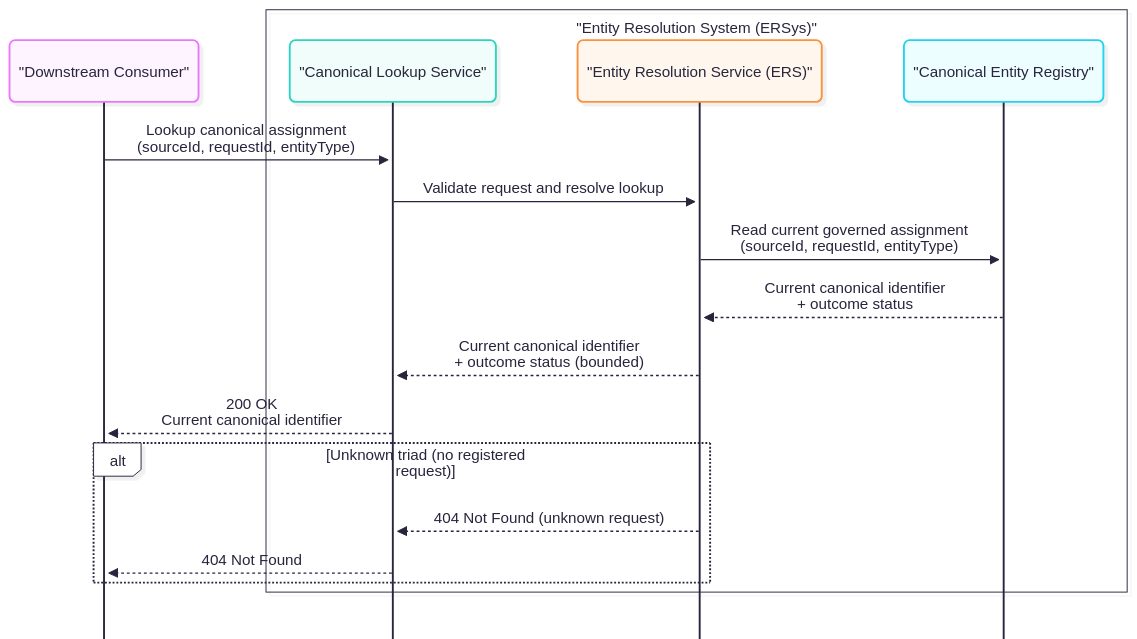
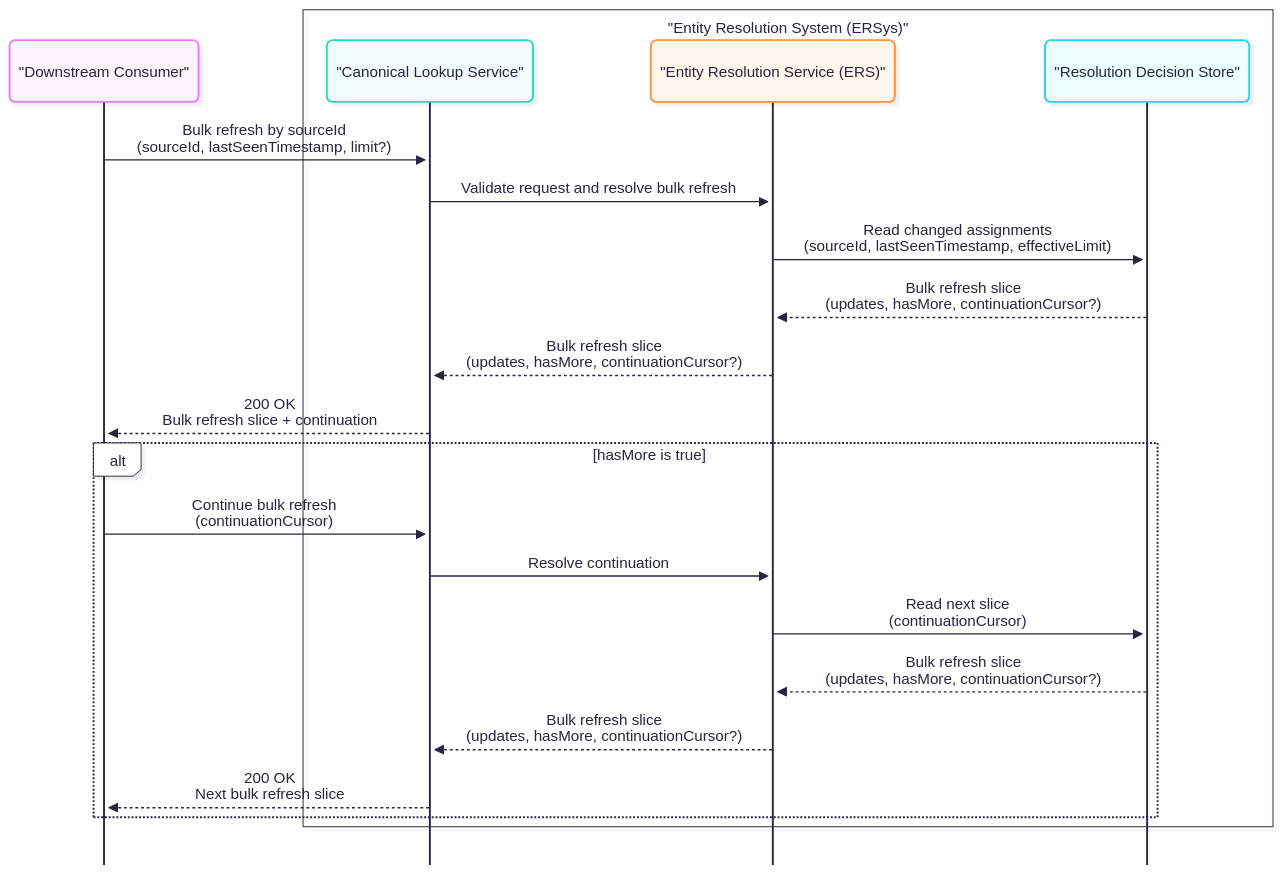
The diagram in docs/architecture/sequence_diagrams/spine-C-Lookup.mmd (OP-TED/entity-resolution-spec), drawn with Mermaid before and after one commit. The commit also changed 11 other files, not shown here.

First line of the commit message:
update sequence diagrams

```diff
--- a/docs/architecture/sequence_diagrams/spine-C-Lookup.mmd
+++ b/docs/architecture/sequence_diagrams/spine-C-Lookup.mmd
@@ -1,35 +1,42 @@
 ---
 config:
   look: neo
   theme: redux-color
   mirrorActors: false
   sequence:
     bottomMarginAdj: 0.1
 ---
 sequenceDiagram
 %% Maps to EA diagram: UML Sequence (Spine C)
-%% Purpose: read-only lookup of the current governed canonical assignment.
-%% Focus: triad correlation, projection semantics, bounded response, no side effects.
-%% Excludes: resolution triggering, ERE/messaging, curation, rebuild, and detailed persistence mechanics.
+%% Purpose: Bulk Refresh by sourceId (UC1.3)
+%% Focus: bounded delta response with continuationCursor, no resolution triggering
+%% Excludes: ERE and messaging, curation, rebuild, consumer System of Records persistence
 
 participant DownstreamConsumer as "Downstream Consumer"
 
 box "Entity Resolution System (ERSys)"
     participant CanonicalLookup as "Canonical Lookup Service"
     participant ERS as "Entity Resolution Service (ERS)"
-    participant CanonicalRegistry as "Canonical Entity Registry"
+    participant DecisionStore as "Resolution Decision Store"
 end
 
-DownstreamConsumer ->> CanonicalLookup: Lookup canonical assignment<br/>(sourceId, requestId, entityType)
-CanonicalLookup ->> ERS: Validate request and resolve lookup
-ERS ->> CanonicalRegistry: Read current governed assignment<br/>(sourceId, requestId, entityType)
-CanonicalRegistry -->> ERS: Current canonical identifier<br/> + outcome status
-ERS -->> CanonicalLookup: Current canonical identifier <br/> + outcome status (bounded)
-CanonicalLookup -->> DownstreamConsumer: 200 OK<br/>Current canonical identifier
+%% Consumer obtains lastSeenTimestamp from its own System of Records (not shown)
+DownstreamConsumer ->> CanonicalLookup: Bulk refresh by sourceId<br/>(sourceId, lastSeenTimestamp, limit?)
+CanonicalLookup ->> ERS: Validate request and resolve bulk refresh
 
-alt Unknown triad (no registered request)
-    ERS -->> CanonicalLookup: 404 Not Found (unknown request)
-    CanonicalLookup -->> DownstreamConsumer: 404 Not Found
+ERS ->> DecisionStore: Read changed assignments<br/>(sourceId, lastSeenTimestamp, effectiveLimit)
+DecisionStore -->> ERS: Bulk refresh slice<br/>(updates, hasMore, continuationCursor?)
+
+ERS -->> CanonicalLookup: Bulk refresh slice<br/>(updates, hasMore, continuationCursor?)
+CanonicalLookup -->> DownstreamConsumer: 200 OK<br/>Bulk refresh slice + continuation
+
+alt hasMore is true
+    DownstreamConsumer ->> CanonicalLookup: Continue bulk refresh<br/>(continuationCursor)
+    CanonicalLookup ->> ERS: Resolve continuation
+    ERS ->> DecisionStore: Read next slice<br/>(continuationCursor)
+    DecisionStore -->> ERS: Bulk refresh slice<br/>(updates, hasMore, continuationCursor?)
+    ERS -->> CanonicalLookup: Bulk refresh slice<br/>(updates, hasMore, continuationCursor?)
+    CanonicalLookup -->> DownstreamConsumer: 200 OK<br/>Next bulk refresh slice
 end
 
-%%note right of CanonicalLookup: Lookup is strictly read-only and does not trigger (re-)resolution.<br>The returned canonical identifier is stable.<br> The assignment may evolve over time due to asynchronous processing, curation, or rebuild.
+%%note right of CanonicalLookup: Bulk refresh is read only and does not trigger resolution\nContinuationCursor is server minted to keep responses bounded\nAssignments may evolve over time and clients should tolerate duplicates
```
